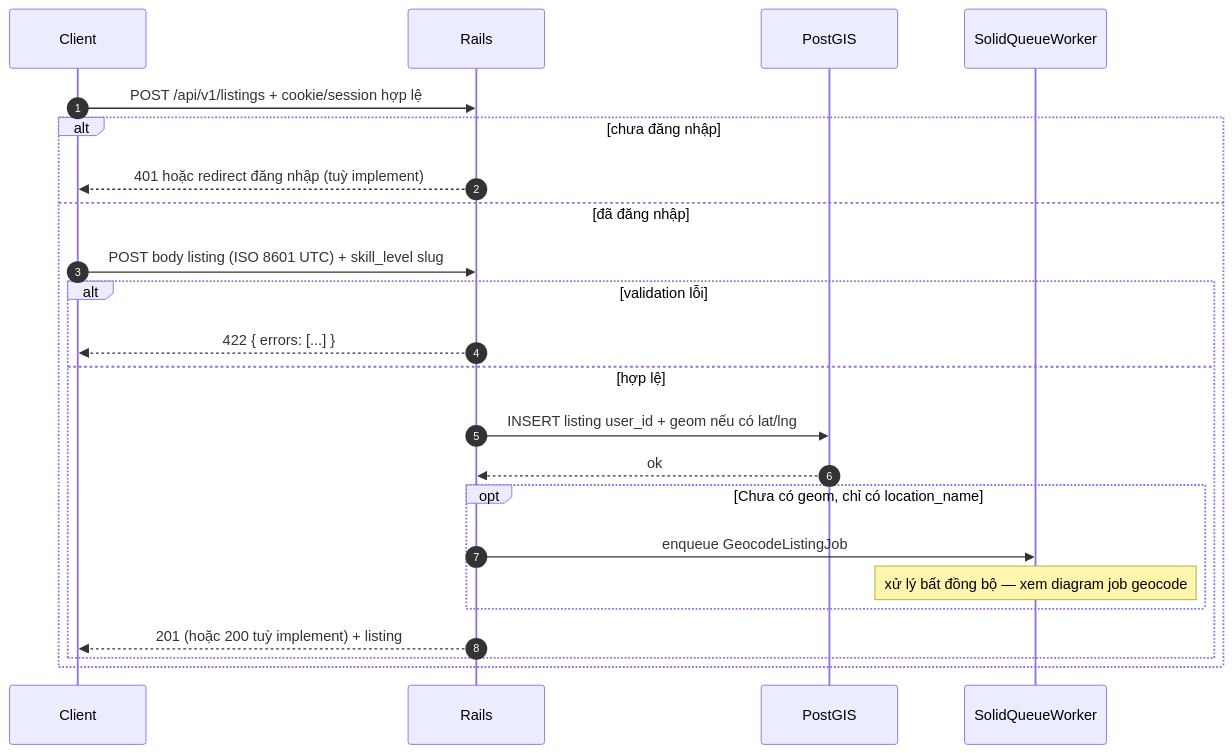
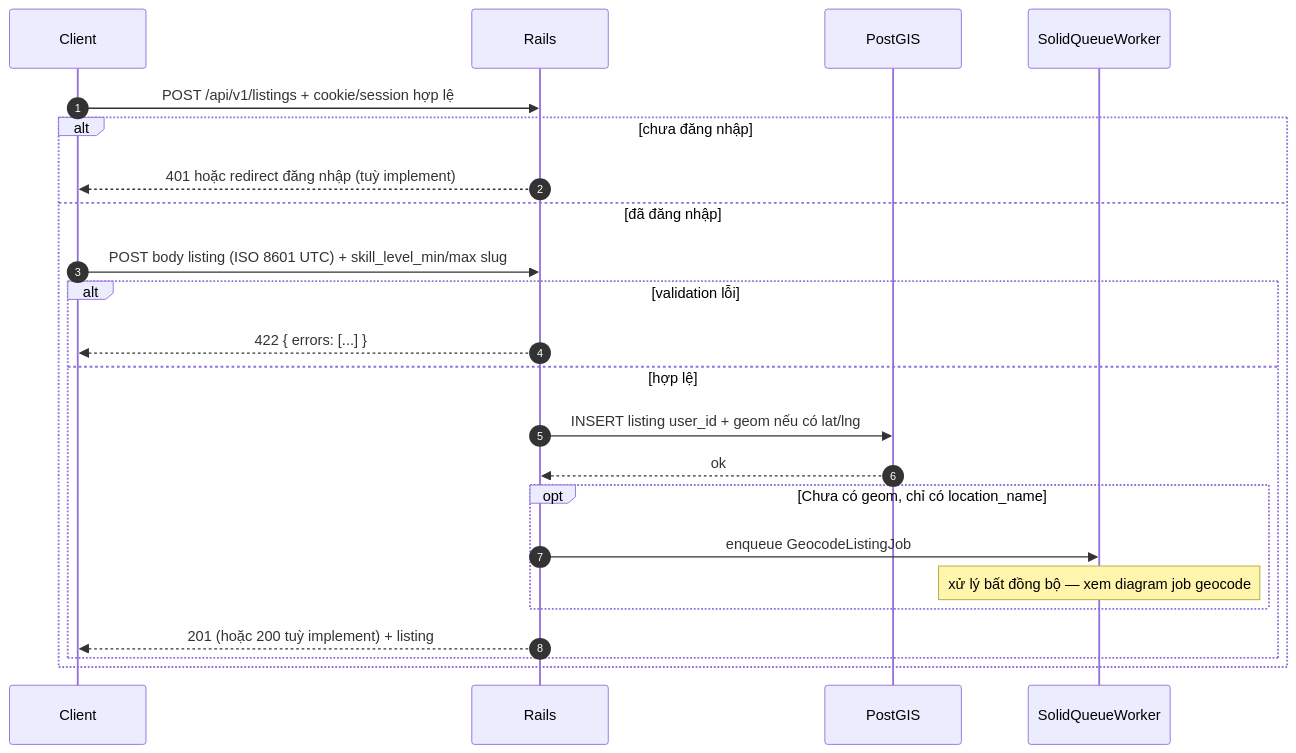
One commit to thaibhoang/giao-luu changed the third of 8 diagrams in docs/FLOWS_SEQUENCE.md. Above: the diagram before and after it, drawn with Mermaid. The commit also changed other lines of this file and 18 other files, not shown here.

````diff
--- a/docs/FLOWS_SEQUENCE.md
+++ b/docs/FLOWS_SEQUENCE.md
@@ -89,26 +89,26 @@
 ```mermaid
 sequenceDiagram
   autonumber
   participant Client
   participant Rails
   participant PostGIS
   participant SolidQueueWorker
 
   Client->>Rails: POST /api/v1/listings + cookie/session hợp lệ
   alt chưa đăng nhập
     Rails-->>Client: 401 hoặc redirect đăng nhập (tuỳ implement)
   else đã đăng nhập
-    Client->>Rails: POST body listing (ISO 8601 UTC) + skill_level slug
+    Client->>Rails: POST body listing (ISO 8601 UTC) + skill_level_min/max slug
     alt validation lỗi
       Rails-->>Client: 422 { errors: [...] }
     else hợp lệ
       Rails->>PostGIS: INSERT listing user_id + geom nếu có lat/lng
       PostGIS-->>Rails: ok
       opt Chưa có geom, chỉ có location_name
         Rails->>SolidQueueWorker: enqueue GeocodeListingJob
         Note over SolidQueueWorker: xử lý bất đồng bộ — xem diagram job geocode
       end
       Rails-->>Client: 201 (hoặc 200 tuỳ implement) + listing
     end
   end
 ```
````
